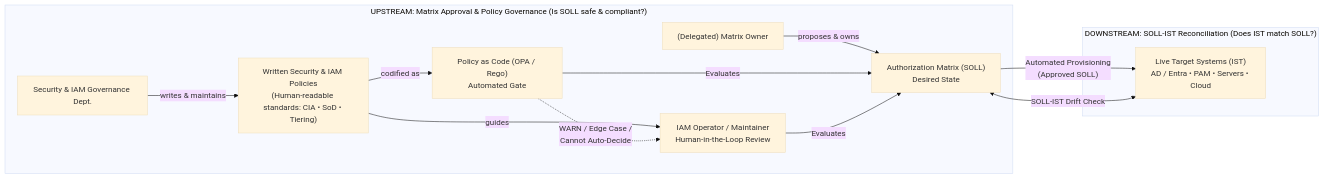
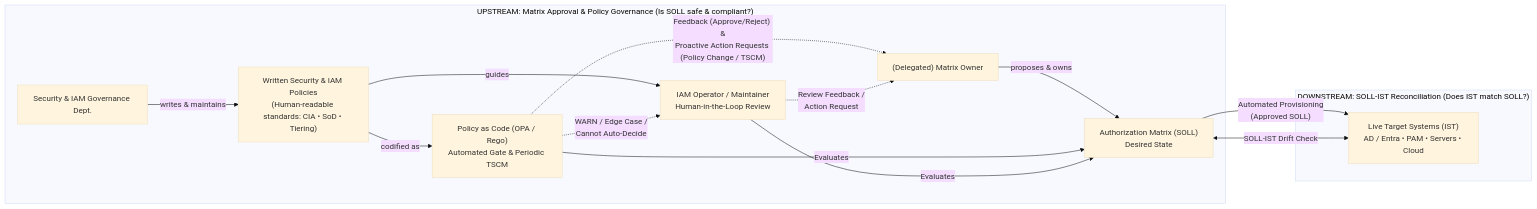
One commit to iafilius/authorization-matrix-policy-as-code changed the first of 4 diagrams in README.md. Above: the diagram before and after it, drawn with Mermaid (base theme). The commit also changed other lines of this file and 1 other file, not shown here.

Commit message:
Add proactive feedback and action-request loop back to (Delegated) Matrix Owner

````diff
--- a/README.md
+++ b/README.md
@@ -36,19 +36,21 @@
 ```mermaid
 flowchart LR
   subgraph UPSTREAM["UPSTREAM: Matrix Approval & Policy Governance (Is SOLL safe & compliant?)"]
     DEPT["Security & IAM Governance Dept."] -->|"writes & maintains"| POLICY["Written Security & IAM Policies<br/>(Human-readable standards: CIA • SoD • Tiering)"]
-    POLICY -->|"codified as"| OPA["Policy as Code (OPA / Rego)<br/>Automated Gate"]
+    POLICY -->|"codified as"| OPA["Policy as Code (OPA / Rego)<br/>Automated Gate & Periodic TSCM"]
     POLICY -->|"guides"| OP["IAM Operator / Maintainer<br/>Human-in-the-Loop Review"]
     OPA -.->|"WARN / Edge Case /<br/>Cannot Auto-Decide"| OP
     OWNER["(Delegated) Matrix Owner"] -->|"proposes & owns"| SOLL["Authorization Matrix (SOLL)<br/>Desired State"]
     OPA -->|"Evaluates"| SOLL
     OP -->|"Evaluates"| SOLL
+    OPA -.->|"Feedback (Approve/Reject) &<br/>Proactive Action Requests (Policy Change / TSCM)"| OWNER
+    OP -.->|"Review Feedback /<br/>Action Request"| OWNER
   end
 
   subgraph DOWNSTREAM["DOWNSTREAM: SOLL-IST Reconciliation (Does IST match SOLL?)"]
     IST["Live Target Systems (IST)<br/>AD / Entra • PAM • Servers • Cloud"]
   end
 
   SOLL -->|"Automated Provisioning<br/>(Approved SOLL)"| IST
   SOLL <-->|"SOLL-IST Drift Check"| IST
 ```
````
